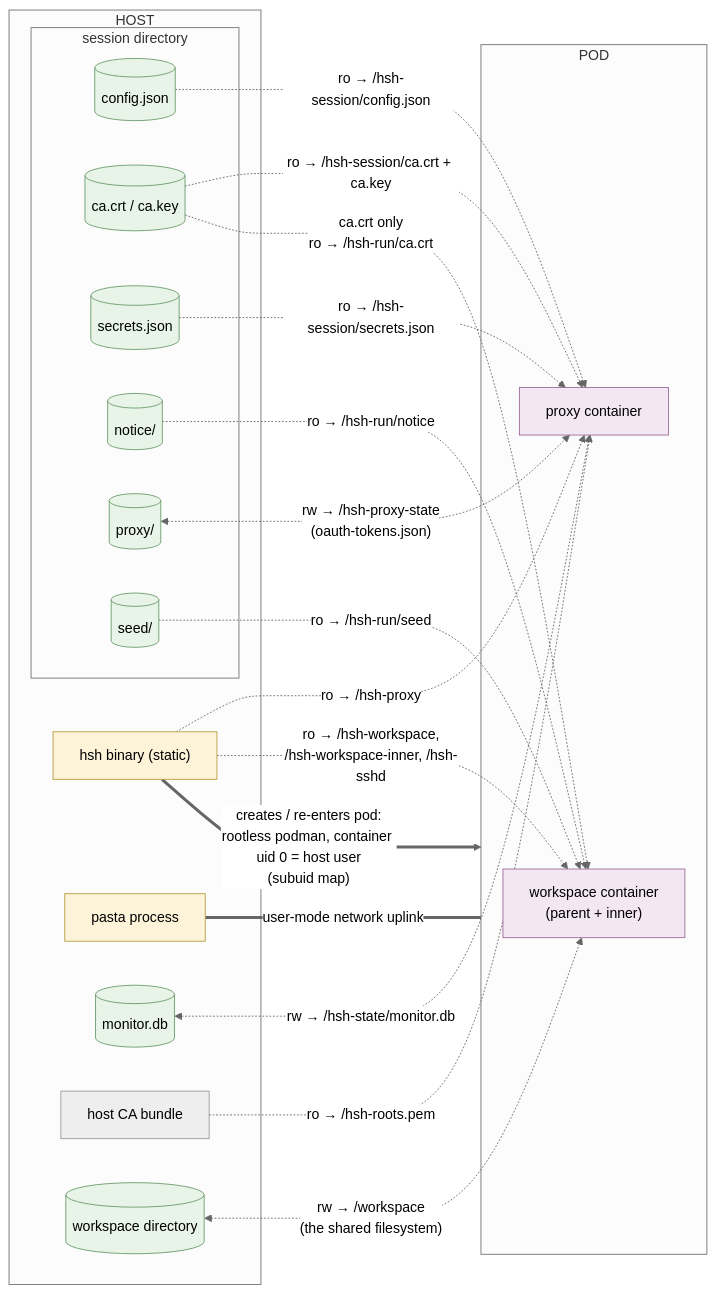
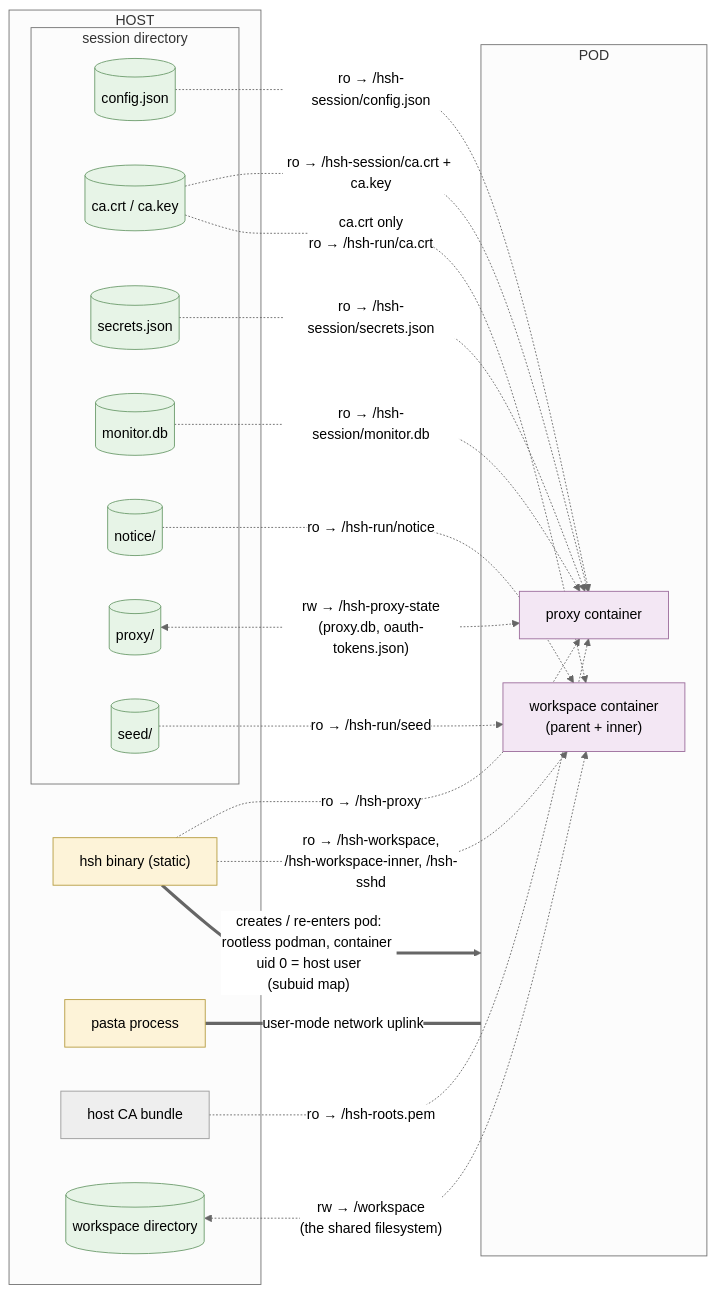
One commit to philips/hsh changed the third of 3 diagrams in internal-docs/architecture.md. Above: the diagram before and after it, drawn with Mermaid (neutral theme). The commit also changed other lines of this file and 62 other files, not shown here.

First line of the commit message:
secret hardening: per-session proxy state, host-bound secrets, image trust

````diff
--- a/internal-docs/architecture.md
+++ b/internal-docs/architecture.md
@@ -126,47 +126,47 @@
 ```mermaid
 flowchart LR
     classDef proc fill:#fdf3d8,stroke:#b59b3e
     classDef file fill:#e7f4e7,stroke:#6a9a6a
     classDef ctr fill:#f3e7f4,stroke:#9a6a9a
 
     subgraph HOST["HOST"]
         hshbin["hsh binary (static)"]
         pasta["pasta process"]
         subgraph SESDIR["session directory"]
             cfgcopy[("config.json")]
             cafiles[("ca.crt / ca.key")]
             secretsjson[("secrets.json")]
+            decisions[("monitor.db")]
             noticedir[("notice/")]
             proxydir[("proxy/")]
             seeddir[("seed/")]
         end
-        monitordb[("monitor.db")]
         caBundle["host CA bundle"]
         wsdir[("workspace directory")]
     end
 
     subgraph POD["POD"]
         PROXY["proxy container"]
         WSC["workspace container<br/>(parent + inner)"]
     end
 
     hshbin -.->|"ro → /hsh-proxy"| PROXY
     hshbin -.->|"ro → /hsh-workspace,<br/>/hsh-workspace-inner, /hsh-sshd"| WSC
     cfgcopy -.->|"ro → /hsh-session/config.json"| PROXY
     secretsjson -.->|"ro → /hsh-session/secrets.json"| PROXY
     cafiles -.->|"ro → /hsh-session/ca.crt + ca.key"| PROXY
+    decisions -.->|"ro → /hsh-session/monitor.db"| PROXY
     caBundle -.->|"ro → /hsh-roots.pem"| PROXY
-    monitordb <-.->|"rw → /hsh-state/monitor.db"| PROXY
-    proxydir <-.->|"rw → /hsh-proxy-state<br/>(oauth-tokens.json)"| PROXY
+    proxydir <-.->|"rw → /hsh-proxy-state<br/>(proxy.db, oauth-tokens.json)"| PROXY
     cafiles -.->|"ca.crt only<br/>ro → /hsh-run/ca.crt"| WSC
     noticedir -.->|"ro → /hsh-run/notice"| WSC
     seeddir -.->|"ro → /hsh-run/seed"| WSC
     wsdir <-.->|"rw → /workspace<br/>(the shared filesystem)"| WSC
     pasta ===|"user-mode network uplink"| POD
 
     hshbin ==>|"creates / re-enters pod:<br/>rootless podman, container uid 0 = host user<br/>(subuid map)"| POD
 
     class hshbin,pasta proc
-    class cfgcopy,cafiles,secretsjson,noticedir,proxydir,seeddir,monitordb,wsdir file
+    class cfgcopy,cafiles,secretsjson,decisions,noticedir,proxydir,seeddir,wsdir file
     class PROXY,WSC ctr
 ```
````
